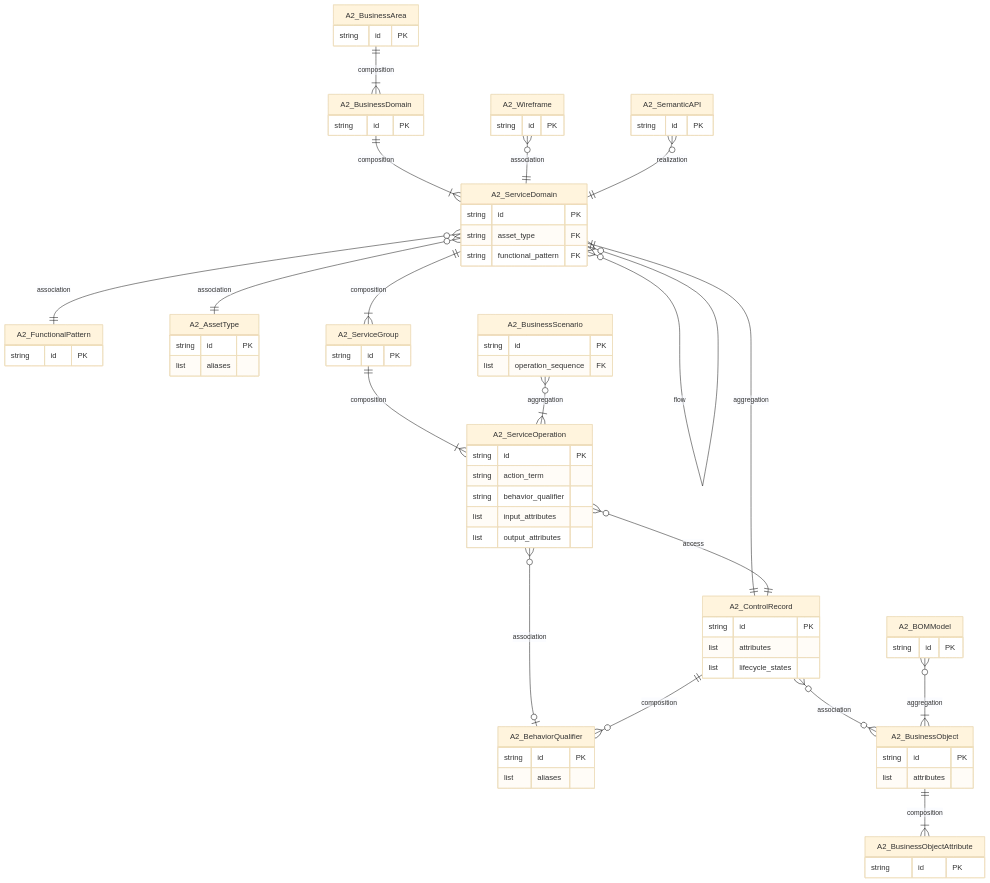
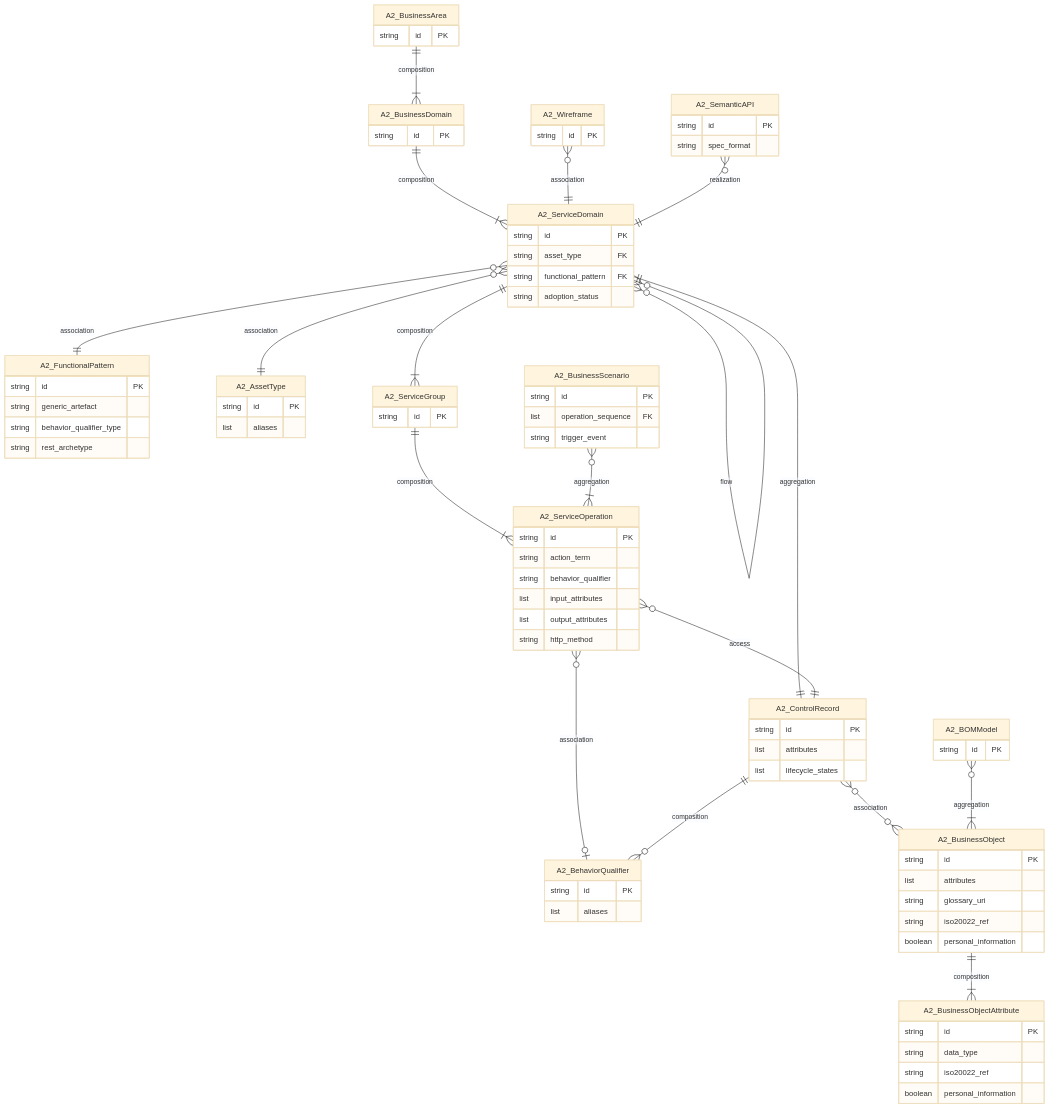
One commit to taumoeps/bian-sdem-framework changed the second of 4 diagrams in docs/logical-data-model.md. Above: the diagram before and after it, drawn with Mermaid (base theme). The commit also changed other lines of this file and 12 other files, not shown here.

```diff
--- a/docs/logical-data-model.md
+++ b/docs/logical-data-model.md
@@ -482,9 +482,13 @@
         string id PK
         string asset_type FK
         string functional_pattern FK
+        string adoption_status
     }
     A2_FunctionalPattern {
         string id PK
+        string generic_artefact
+        string behavior_qualifier_type
+        string rest_archetype
     }
     A2_AssetType {
         string id PK
@@ -504,6 +508,7 @@
         string behavior_qualifier
         list input_attributes
         list output_attributes
+        string http_method
     }
     A2_BehaviorQualifier {
         string id PK
@@ -512,13 +517,20 @@
     A2_BusinessScenario {
         string id PK
         list operation_sequence FK
+        string trigger_event
     }
     A2_BusinessObject {
         string id PK
         list attributes
+        string glossary_uri
+        string iso20022_ref
+        boolean personal_information
     }
     A2_BusinessObjectAttribute {
         string id PK
+        string data_type
+        string iso20022_ref
+        boolean personal_information
     }
     A2_BOMModel {
         string id PK
@@ -528,6 +540,7 @@
     }
     A2_SemanticAPI {
         string id PK
+        string spec_format
     }
     A2_BusinessArea ||--|{ A2_BusinessDomain : "composition"
     A2_BusinessDomain ||--|{ A2_ServiceDomain : "composition"
```
